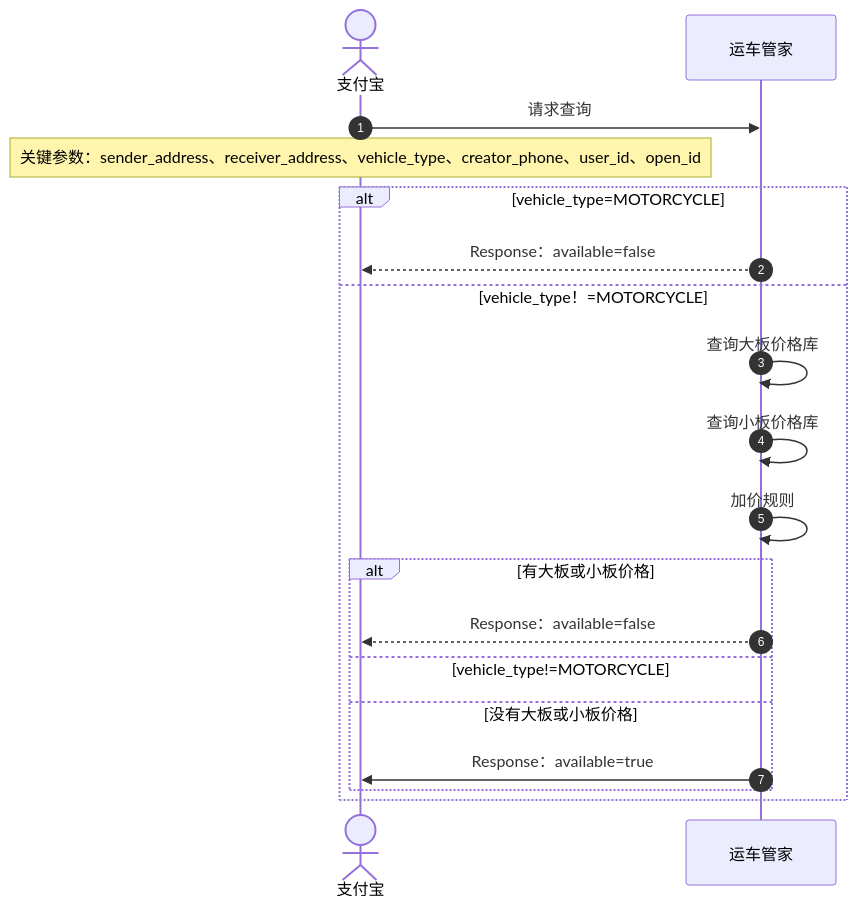
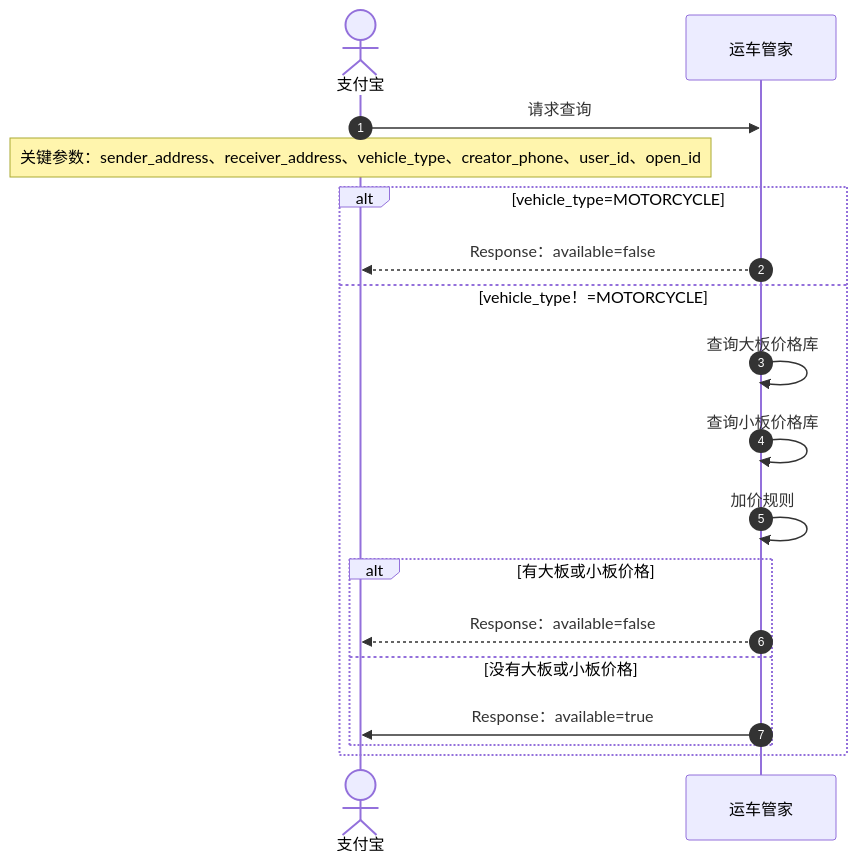
The diagram in notes/运价查询接口_b66f33fe-f22a-4010-b0a8-42139f03c121.md (pingpm/mermaid_vault), drawn with Mermaid before and after one commit. The commit also changed 3 other files, not shown here.

Commit message:
Sync Mermaid Studio data (17 diagrams)

````diff
--- a/notes/运价查询接口_b66f33fe-f22a-4010-b0a8-42139f03c121.md
+++ b/notes/运价查询接口_b66f33fe-f22a-4010-b0a8-42139f03c121.md
@@ -3,22 +3,21 @@
 ```mermaid
 sequenceDiagram
   autonumber
   actor p0 as 支付宝
   participant p1 as 运车管家
   p0->>p1: 请求查询
   Note over p0: 关键参数：sender_address、receiver_address、vehicle_type、creator_phone、user_id、open_id
   alt vehicle_type=MOTORCYCLE
   p1-->>p0: Response：available=false
   else vehicle_type！=MOTORCYCLE
   p1->>p1: 查询大板价格库
   p1->>p1: 查询小板价格库
   p1->>p1: 加价规则
   alt 有大板或小板价格
   p1-->>p0: Response：available=false
-  else vehicle_type!=MOTORCYCLE
   else 没有大板或小板价格
   p1->>p0: Response：available=true
   end
   end
 
 ```
````
